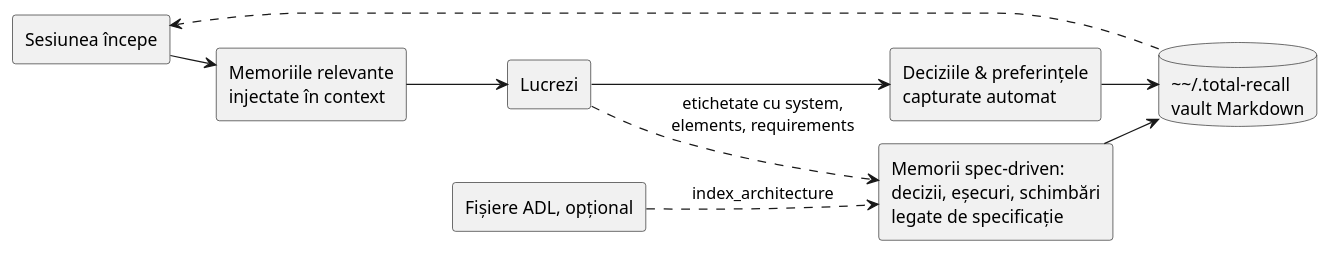
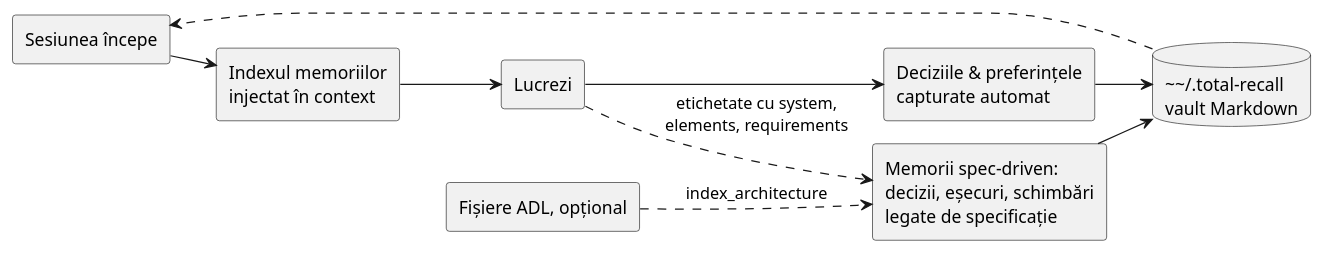
The diagram in docs/diagrams/session-loop-ro.puml (adrian-balaban/total-recall), drawn with PlantUML before and after one commit. The commit also changed 6 other files, not shown here.

```diff
--- a/docs/diagrams/session-loop-ro.puml
+++ b/docs/diagrams/session-loop-ro.puml
@@ -1,22 +1,22 @@
 @startuml session-loop-ro
 !pragma layout smetana
 left to right direction
 skinparam shadowing false
 skinparam defaultFontName Helvetica
 
 rectangle "Sesiunea începe" as A
-rectangle "Memoriile relevante\ninjectate în context" as B
+rectangle "Indexul memoriilor\ninjectat în context" as B
 rectangle "Lucrezi" as C
 rectangle "Deciziile & preferințele\ncapturate automat" as D
 database "~~/.total-recall\nvault Markdown" as E
 rectangle "Memorii spec-driven:\ndecizii, eșecuri, schimbări\nlegate de specificație" as G
 rectangle "Fișiere ADL, opțional" as Hh
 A --> B
 B --> C
 C --> D
 D --> E
 E ..> A
 C ..> G : etichetate cu system,\nelements, requirements
 G --> E
 Hh ..> G : index_architecture
 @enduml
```
